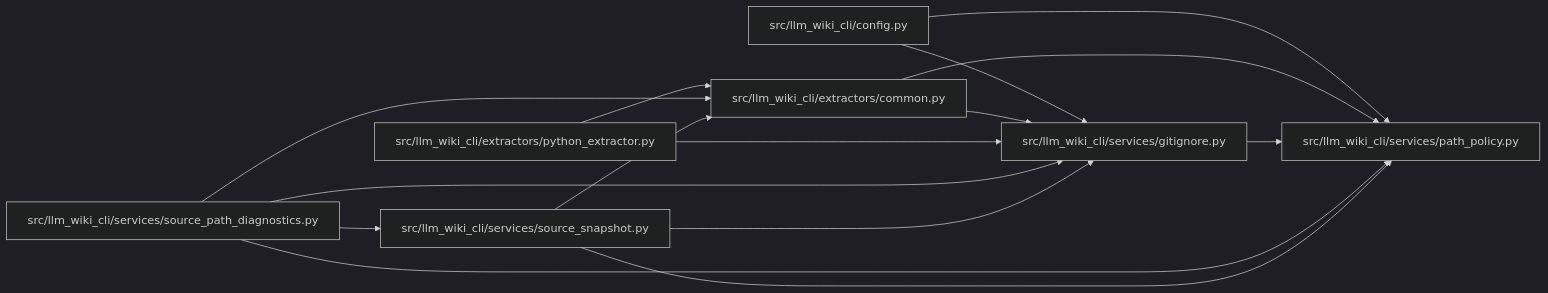
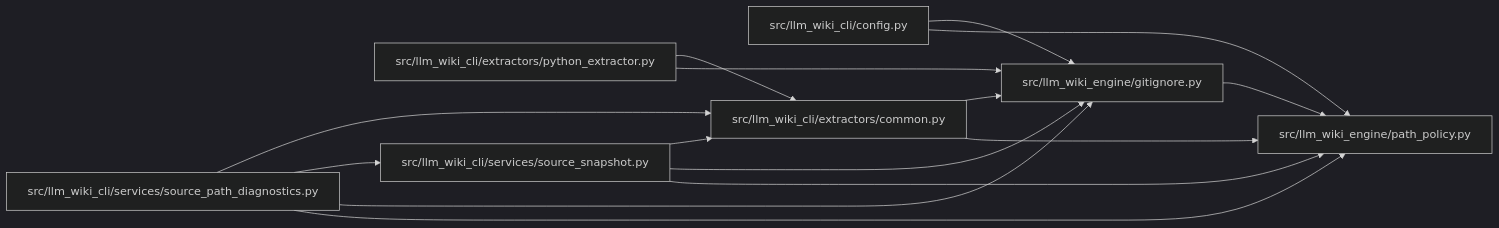
Before and after one commit to Denissvgn/python-wiki-llm: the diagram in docs/llm_wiki/modules/gitignore.md, drawn with Mermaid (dark theme). The commit also changed other lines of this file and 739 other files, not shown here.

First line of the commit message:
docs: refresh the wiki for the second engine batch

````diff
--- a/docs/llm_wiki/modules/gitignore.md
+++ b/docs/llm_wiki/modules/gitignore.md
@@ -24,31 +24,31 @@
 ```mermaid
 flowchart LR
     n0["src/llm_wiki_cli/config.py"]
     n1["src/llm_wiki_cli/extractors/common.py"]
     n2["src/llm_wiki_cli/extractors/python_extractor.py"]
-    n3["src/llm_wiki_cli/services/gitignore.py"]
-    n4["src/llm_wiki_cli/services/path_policy.py"]
-    n5["src/llm_wiki_cli/services/source_path_diagnostics.py"]
-    n6["src/llm_wiki_cli/services/source_snapshot.py"]
-    n0 --> n3
-    n0 --> n4
-    n1 --> n3
-    n1 --> n4
+    n3["src/llm_wiki_cli/services/source_path_diagnostics.py"]
+    n4["src/llm_wiki_cli/services/source_snapshot.py"]
+    n5["src/llm_wiki_engine/gitignore.py"]
+    n6["src/llm_wiki_engine/path_policy.py"]
+    n0 --> n5
+    n0 --> n6
+    n1 --> n5
+    n1 --> n6
     n2 --> n1
-    n2 --> n3
+    n2 --> n5
+    n3 --> n1
     n3 --> n4
-    n5 --> n1
-    n5 --> n3
-    n5 --> n4
+    n3 --> n5
+    n3 --> n6
+    n4 --> n1
+    n4 --> n5
+    n4 --> n6
     n5 --> n6
-    n6 --> n1
-    n6 --> n3
-    n6 --> n4
     click n0 "../modules/config.md"
     click n1 "../modules/common.md"
     click n2 "../modules/python_extractor.md"
-    click n3 "../modules/gitignore.md"
-    click n4 "../modules/path_policy.md"
-    click n5 "../modules/source_path_diagnostics.md"
-    click n6 "../modules/source_snapshot.md"
+    click n3 "../modules/source_path_diagnostics.md"
+    click n4 "../modules/source_snapshot.md"
+    click n5 "../modules/gitignore.md"
+    click n6 "../modules/path_policy.md"
 ```
````
